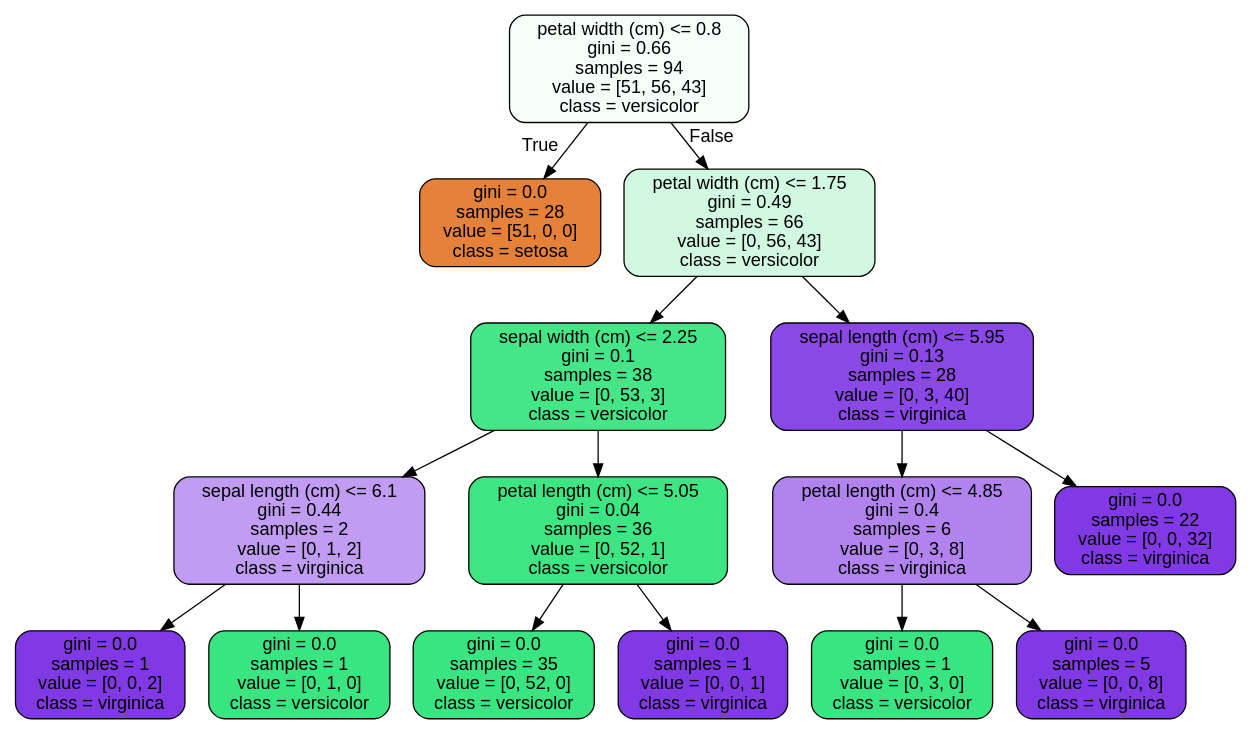
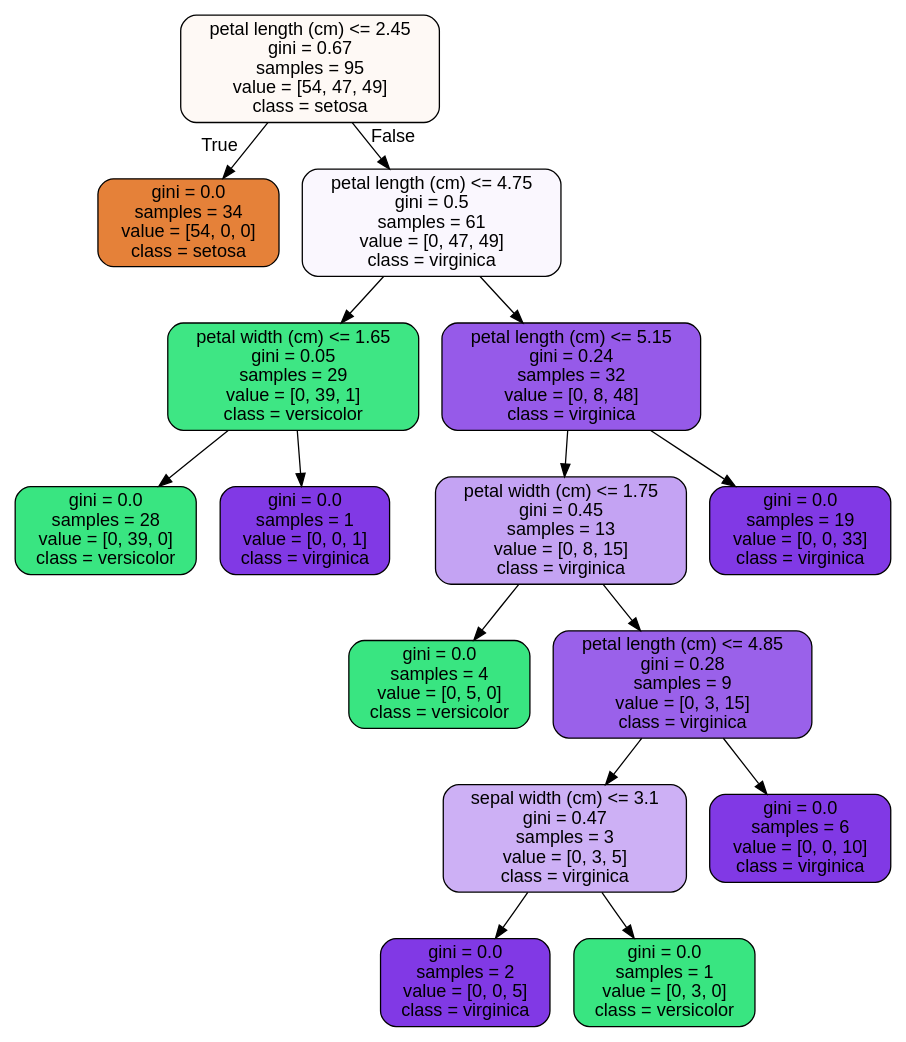
Before and after one commit to siddhantgithub/DataScience_Springboard_Assignments: the diagram in RandomForest Covid Case Study_06302020/tree.dot, drawn with Graphviz. The commit also changed 3 other files, not shown here.

```diff
--- a/RandomForest Covid Case Study_06302020/tree.dot
+++ b/RandomForest Covid Case Study_06302020/tree.dot
@@ -1,33 +1,33 @@
 digraph Tree {
 node [shape=box, style="filled, rounded", color="black", fontname="helvetica"] ;
 edge [fontname="helvetica"] ;
-0 [label="petal width (cm) <= 0.8\ngini = 0.66\nsamples = 94\nvalue = [51, 56, 43]\nclass = versicolor", fillcolor="#f5fef9"] ;
-1 [label="gini = 0.0\nsamples = 28\nvalue = [51, 0, 0]\nclass = setosa", fillcolor="#e58139"] ;
+0 [label="petal length (cm) <= 2.45\ngini = 0.67\nsamples = 95\nvalue = [54, 47, 49]\nclass = setosa", fillcolor="#fef9f5"] ;
+1 [label="gini = 0.0\nsamples = 34\nvalue = [54, 0, 0]\nclass = setosa", fillcolor="#e58139"] ;
 0 -> 1 [labeldistance=2.5, labelangle=45, headlabel="True"] ;
-2 [label="petal width (cm) <= 1.75\ngini = 0.49\nsamples = 66\nvalue = [0, 56, 43]\nclass = versicolor", fillcolor="#d1f9e2"] ;
+2 [label="petal length (cm) <= 4.75\ngini = 0.5\nsamples = 61\nvalue = [0, 47, 49]\nclass = virginica", fillcolor="#faf7fe"] ;
 0 -> 2 [labeldistance=2.5, labelangle=-45, headlabel="False"] ;
-3 [label="sepal width (cm) <= 2.25\ngini = 0.1\nsamples = 38\nvalue = [0, 53, 3]\nclass = versicolor", fillcolor="#44e688"] ;
+3 [label="petal width (cm) <= 1.65\ngini = 0.05\nsamples = 29\nvalue = [0, 39, 1]\nclass = versicolor", fillcolor="#3ee684"] ;
 2 -> 3 ;
-4 [label="sepal length (cm) <= 6.1\ngini = 0.44\nsamples = 2\nvalue = [0, 1, 2]\nclass = virginica", fillcolor="#c09cf2"] ;
+4 [label="gini = 0.0\nsamples = 28\nvalue = [0, 39, 0]\nclass = versicolor", fillcolor="#39e581"] ;
 3 -> 4 ;
-5 [label="gini = 0.0\nsamples = 1\nvalue = [0, 0, 2]\nclass = virginica", fillcolor="#8139e5"] ;
-4 -> 5 ;
-6 [label="gini = 0.0\nsamples = 1\nvalue = [0, 1, 0]\nclass = versicolor", fillcolor="#39e581"] ;
-4 -> 6 ;
-7 [label="petal length (cm) <= 5.05\ngini = 0.04\nsamples = 36\nvalue = [0, 52, 1]\nclass = versicolor", fillcolor="#3de683"] ;
-3 -> 7 ;
-8 [label="gini = 0.0\nsamples = 35\nvalue = [0, 52, 0]\nclass = versicolor", fillcolor="#39e581"] ;
+5 [label="gini = 0.0\nsamples = 1\nvalue = [0, 0, 1]\nclass = virginica", fillcolor="#8139e5"] ;
+3 -> 5 ;
+6 [label="petal length (cm) <= 5.15\ngini = 0.24\nsamples = 32\nvalue = [0, 8, 48]\nclass = virginica", fillcolor="#965ae9"] ;
+2 -> 6 ;
+7 [label="petal width (cm) <= 1.75\ngini = 0.45\nsamples = 13\nvalue = [0, 8, 15]\nclass = virginica", fillcolor="#c4a3f3"] ;
+6 -> 7 ;
+8 [label="gini = 0.0\nsamples = 4\nvalue = [0, 5, 0]\nclass = versicolor", fillcolor="#39e581"] ;
 7 -> 8 ;
-9 [label="gini = 0.0\nsamples = 1\nvalue = [0, 0, 1]\nclass = virginica", fillcolor="#8139e5"] ;
+9 [label="petal length (cm) <= 4.85\ngini = 0.28\nsamples = 9\nvalue = [0, 3, 15]\nclass = virginica", fillcolor="#9a61ea"] ;
 7 -> 9 ;
-10 [label="sepal length (cm) <= 5.95\ngini = 0.13\nsamples = 28\nvalue = [0, 3, 40]\nclass = virginica", fillcolor="#8a48e7"] ;
-2 -> 10 ;
-11 [label="petal length (cm) <= 4.85\ngini = 0.4\nsamples = 6\nvalue = [0, 3, 8]\nclass = virginica", fillcolor="#b083ef"] ;
+10 [label="sepal width (cm) <= 3.1\ngini = 0.47\nsamples = 3\nvalue = [0, 3, 5]\nclass = virginica", fillcolor="#cdb0f5"] ;
+9 -> 10 ;
+11 [label="gini = 0.0\nsamples = 2\nvalue = [0, 0, 5]\nclass = virginica", fillcolor="#8139e5"] ;
 10 -> 11 ;
 12 [label="gini = 0.0\nsamples = 1\nvalue = [0, 3, 0]\nclass = versicolor", fillcolor="#39e581"] ;
-11 -> 12 ;
-13 [label="gini = 0.0\nsamples = 5\nvalue = [0, 0, 8]\nclass = virginica", fillcolor="#8139e5"] ;
-11 -> 13 ;
-14 [label="gini = 0.0\nsamples = 22\nvalue = [0, 0, 32]\nclass = virginica", fillcolor="#8139e5"] ;
-10 -> 14 ;
+10 -> 12 ;
+13 [label="gini = 0.0\nsamples = 6\nvalue = [0, 0, 10]\nclass = virginica", fillcolor="#8139e5"] ;
+9 -> 13 ;
+14 [label="gini = 0.0\nsamples = 19\nvalue = [0, 0, 33]\nclass = virginica", fillcolor="#8139e5"] ;
+6 -> 14 ;
 }
```
